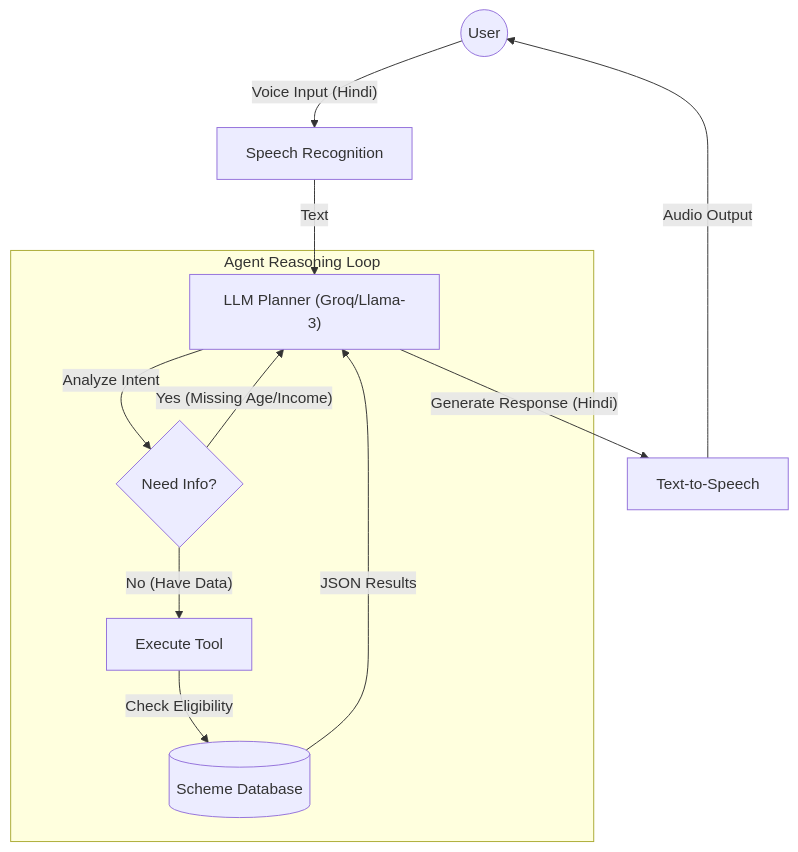
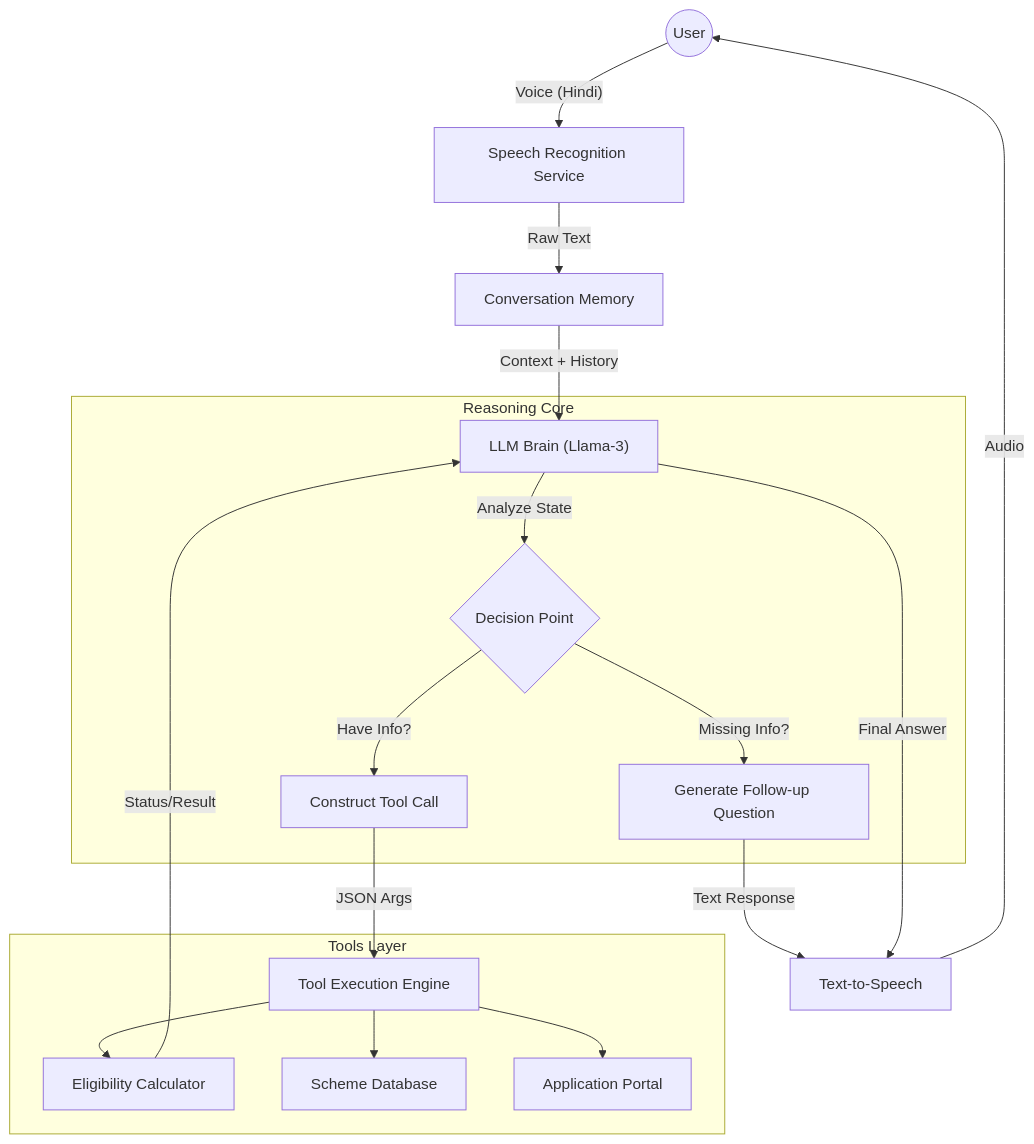
Before and after one commit to Ramasish/hindi-scheme-agent: the diagram in README.md, drawn with Mermaid. The commit also changed other lines of this file, not shown here.

````diff
--- a/README.md
+++ b/README.md
@@ -38,18 +49,30 @@
 ```mermaid
 graph TD
-    User((User)) -- "Voice Input (Hindi)" --> STT[Speech Recognition]
-    STT -- "Text" --> Brain["LLM Planner (Groq/Llama-3)"]
+    User((User)) -- "Voice (Hindi)" --> STT[Speech Recognition Service]
+    STT -- "Raw Text" --> Memory[Conversation Memory]
+    Memory -- "Context + History" --> Planner["LLM Brain (Llama-3)"]
     
-    subgraph "Agent Reasoning Loop"
-        Brain -- "Analyze Intent" --> Decision{"Need Info?"}
-        Decision -- "Yes (Missing Age/Income)" --> Brain
-        Decision -- "No (Have Data)" --> ToolCall[Execute Tool]
-        
-        ToolCall -- "Check Eligibility" --> DB[(Scheme Database)]
-        DB -- "JSON Results" --> Brain
+    subgraph "Reasoning Core"
+        Planner -- "Analyze State" --> Router{Decision Point}
+        Router -- "Missing Info?" --> Ask[Generate Follow-up Question]
+        Router -- "Have Info?" --> ToolTrigger[Construct Tool Call]
     end
     
-    Brain -- "Generate Response (Hindi)" --> TTS[Text-to-Speech]
-    TTS -- "Audio Output" --> User
+    ToolTrigger -- "JSON Args" --> Executor[Tool Execution Engine]
+    
+    subgraph "Tools Layer"
+        Executor --> Eligibility[Eligibility Calculator]
+        Executor --> DB[Scheme Database]
+        Executor --> Application[Application Portal]
+    end
+    
+    Eligibility -- "Status/Result" --> Planner
+    Ask -- "Text Response" --> Synthesizer[Text-to-Speech]
+
+
+    Planner -- "Final Answer" --> Synthesizer
+    Synthesizer -- "Audio" --> User
+
+
 
 ```
````
